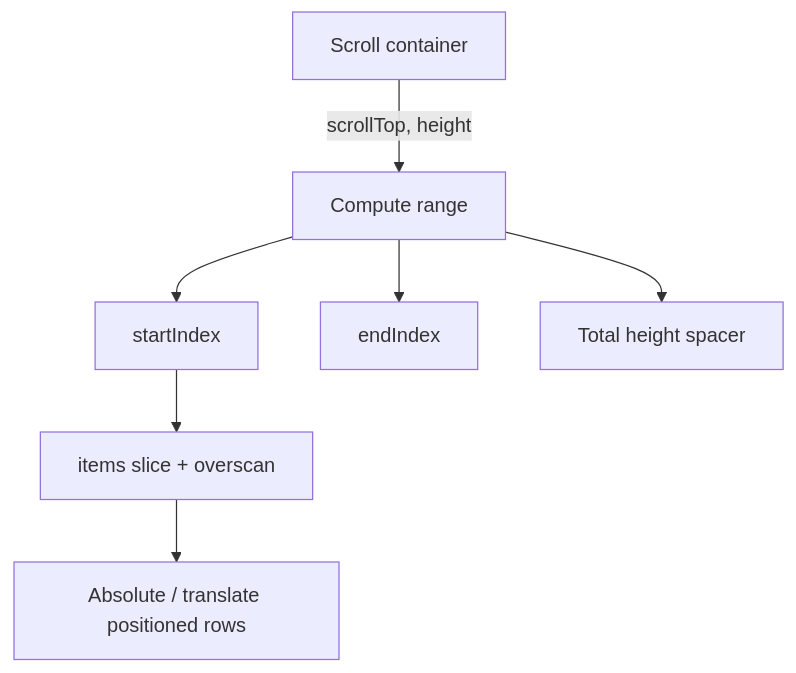
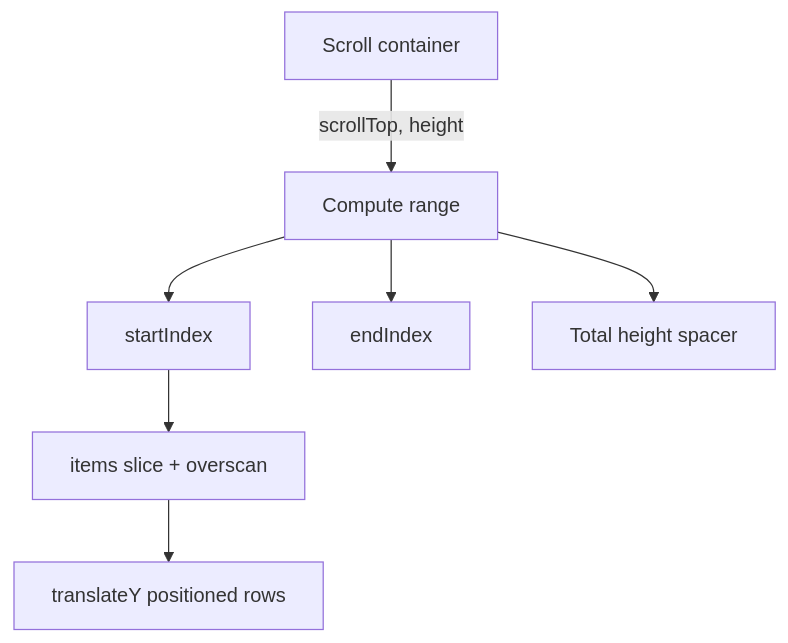
Before and after one commit to prajjwaljogdand/FullstackPreparation: the diagram in docs/machine-coding/04-virtual-list.md, drawn with Mermaid. The commit also changed other lines of this file and 91 other files, not shown here.

````diff
--- a/docs/machine-coding/04-virtual-list.md
+++ b/docs/machine-coding/04-virtual-list.md
@@ -29,9 +29,9 @@
 ```mermaid
 flowchart TB
   Viewport[Scroll container] -->|scrollTop, height| Calc[Compute range]
   Calc --> Start[startIndex]
   Calc --> End[endIndex]
   Start --> Slice[items slice + overscan]
-  Slice --> Inner["Absolute / translate positioned rows"]
+  Slice --> Inner[translateY positioned rows]
   Calc --> Phantom[Total height spacer]
 ```
````
